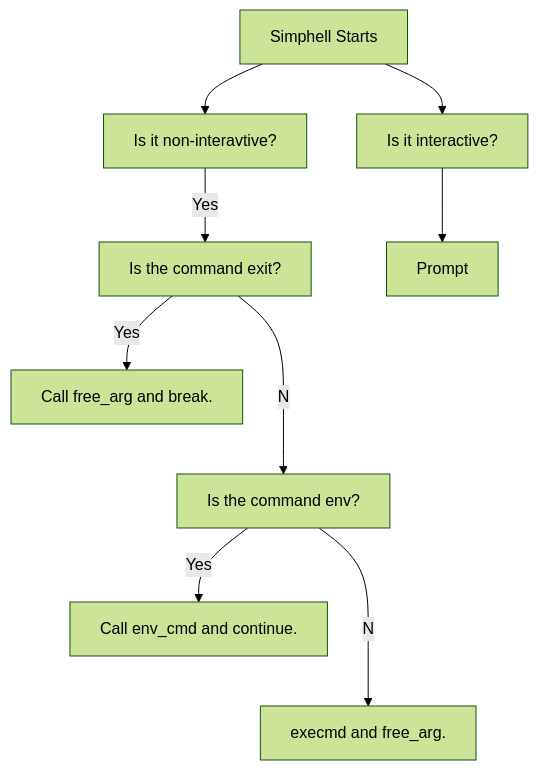
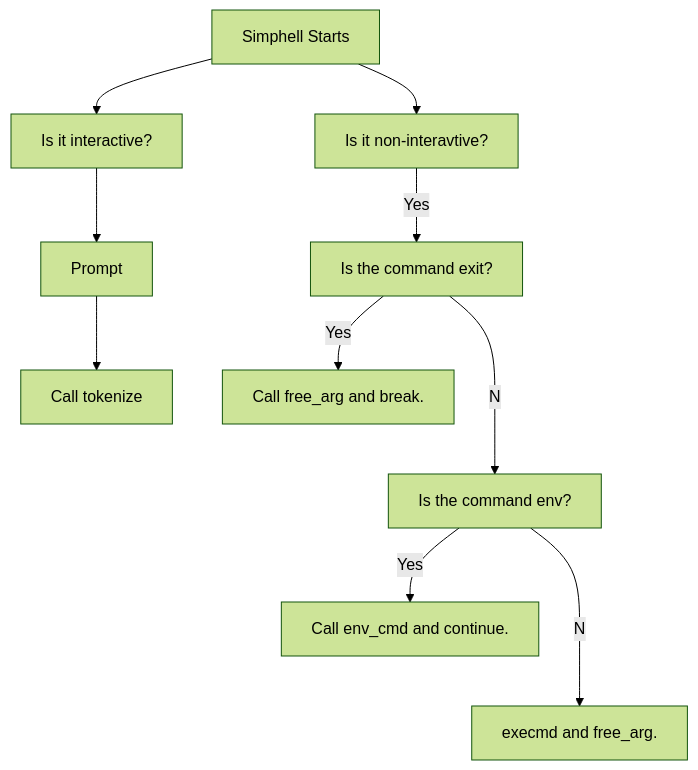
One commit to LeeWest89/MySuperRepo changed the diagram in README.md. Above: the diagram before and after it, drawn with Mermaid (forest theme).

````diff
--- a/README.md
+++ b/README.md
@@ -2,11 +2,12 @@
 ```mermaid
 flowchart TD;
   A[Simphell Starts]-->B[Is it interactive?];
   A-->C[Is it non-interavtive?];
   C--Yes-->D[Is the command exit?];
   D--Yes-->E[Call free_arg and break.];
   D--No-->F[Is the command env?];
   F--Yes-->G[Call env_cmd and continue.];
   F--No-->H[execmd and free_arg.];
   B-->I[Prompt];
+  I-->J[Call tokenize];
 ```
````
